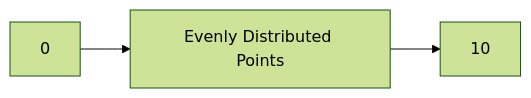
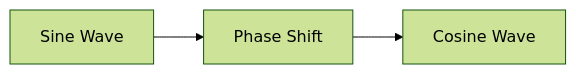
One commit to Balasubramanian-pg/MSC.-Data-Science-AI changed the diagram in Trimester 1/Data Visualization & Storytelling/W07 - Moduel 4a.  Python Matplotlib/L21/7.3. Getting Started with Matplotlib/Visual Intuition.md. Above: the diagram before and after it, drawn with Mermaid (forest theme).

Commit message:
Add split section: Visual Intuition

````diff
--- a/Trimester 1/Data Visualization & Storytelling/W07 - Moduel 4a.  Python Matplotlib/L21/7.3. Getting Started with Matplotlib/Visual Intuition.md
+++ b/Trimester 1/Data Visualization & Storytelling/W07 - Moduel 4a.  Python Matplotlib/L21/7.3. Getting Started with Matplotlib/Visual Intuition.md
@@ -3,4 +3,5 @@
 ```mermaid
 flowchart LR
-    A[0] --> B[Evenly Distributed Points] --> C[10]
+    A[Sine Wave] --> B[Phase Shift]
+    B --> C[Cosine Wave]
 ```
````
